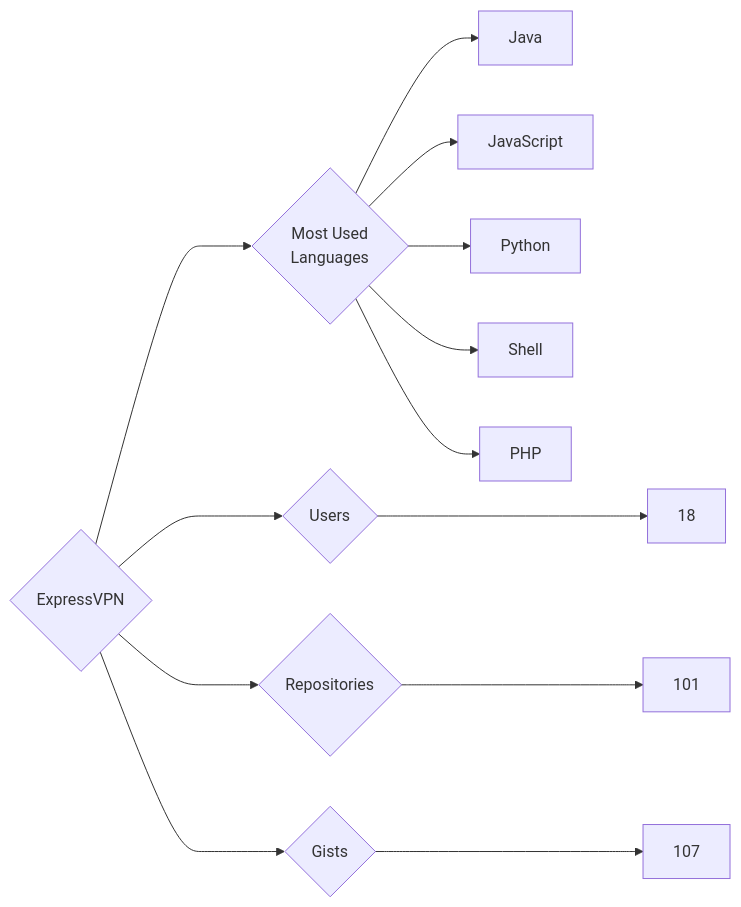
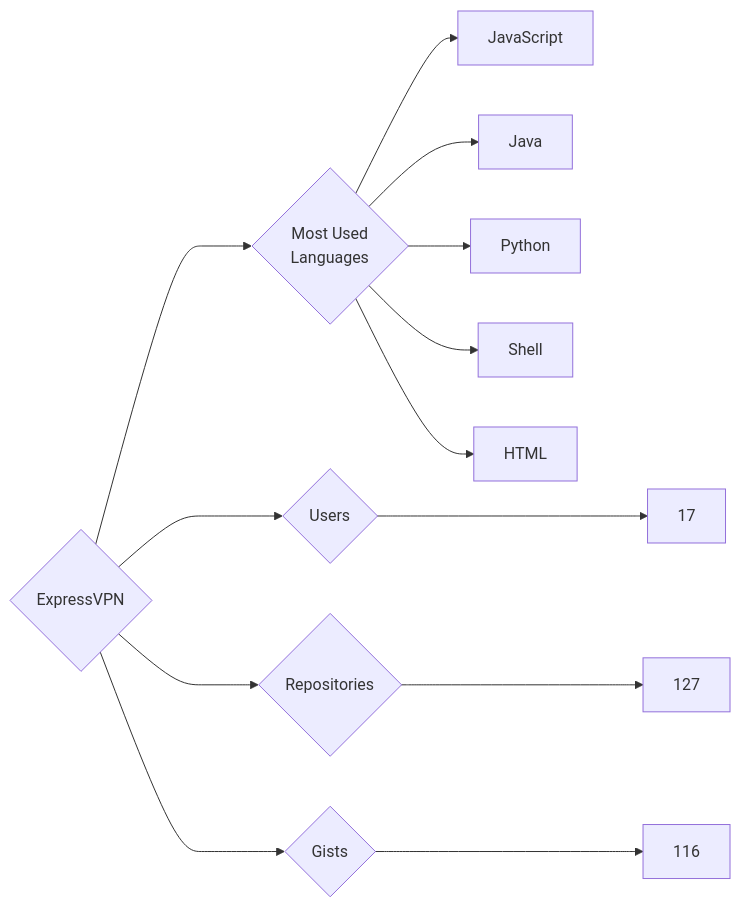
One commit to trickest/insiders changed the diagram in targets/ExpressVPN/README.md. Above: the diagram before and after it, drawn with Mermaid. The commit also changed 984 other files, not shown here.

````diff
--- a/targets/ExpressVPN/README.md
+++ b/targets/ExpressVPN/README.md
@@ -3,13 +3,13 @@
 ```mermaid
 graph LR
 COMPANY_NAME{ExpressVPN}
-COMPANY_NAME ---> U{Users} ---> UN[18]
-COMPANY_NAME ---> R{Repositories} ---> RN[101]
-COMPANY_NAME ---> G{Gists} ---> GN[107]
+COMPANY_NAME ---> U{Users} ---> UN[17]
+COMPANY_NAME ---> R{Repositories} ---> RN[127]
+COMPANY_NAME ---> G{Gists} ---> GN[116]
 COMPANY_NAME ---> ML{Most Used<br>Languages}
+ML --> JavaScript[JavaScript]
 ML --> Java[Java]
-ML --> JavaScript[JavaScript]
 ML --> Python[Python]
 ML --> Shell[Shell]
-ML --> PHP[PHP]
+ML --> HTML[HTML]
 ```
````
